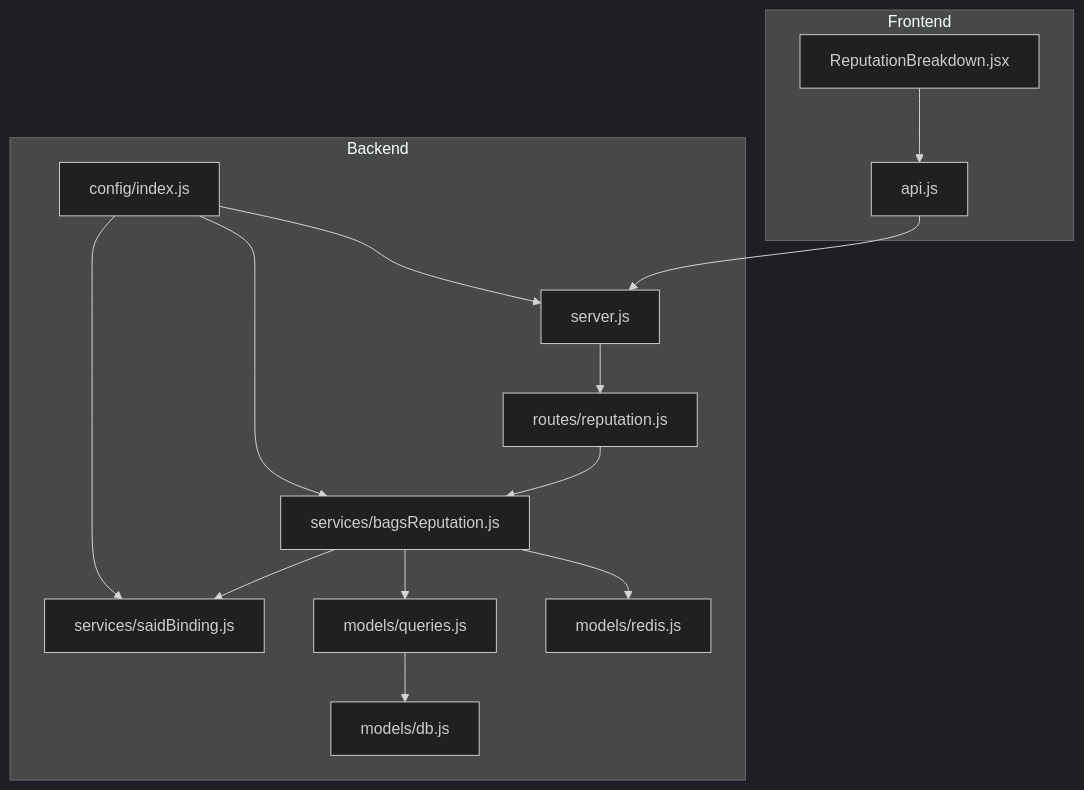
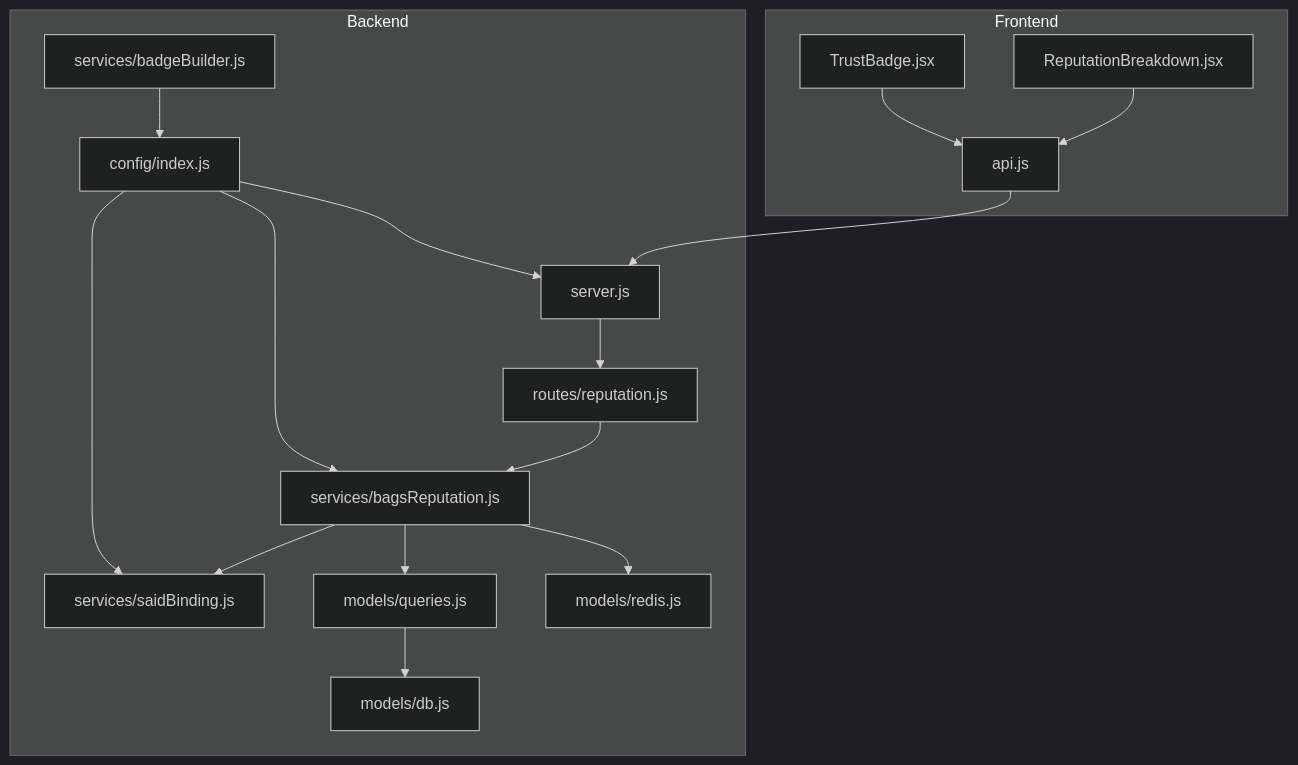
The first of 4 diagrams in .qoder/repowiki/en/content/Service Layer/Reputation Services.md (RunTimeAdmin/AgentID), drawn with Mermaid (dark theme) before and after one commit. The commit also changed other lines of this file and 31 other files, not shown here.

````diff
--- a/.qoder/repowiki/en/content/Service Layer/Reputation Services.md
+++ b/.qoder/repowiki/en/content/Service Layer/Reputation Services.md
@@ -40,28 +49,32 @@
 ```mermaid
 graph TB
 subgraph "Frontend"
 RB["ReputationBreakdown.jsx"]
+TB["TrustBadge.jsx"]
 API["api.js"]
 end
 subgraph "Backend"
 SRV["server.js"]
 RRT["routes/reputation.js"]
 SBR["services/bagsReputation.js"]
 SBD["services/saidBinding.js"]
 QRY["models/queries.js"]
 DB["models/db.js"]
 REDIS["models/redis.js"]
 CFG["config/index.js"]
+BB["services/badgeBuilder.js"]
 end
 RB --> API
+TB --> API
 API --> SRV
 SRV --> RRT
 RRT --> SBR
 SBR --> SBD
 SBR --> QRY
 QRY --> DB
 SBR --> REDIS
 CFG --> SRV
 CFG --> SBR
 CFG --> SBD
+BB --> CFG
 ```
````
